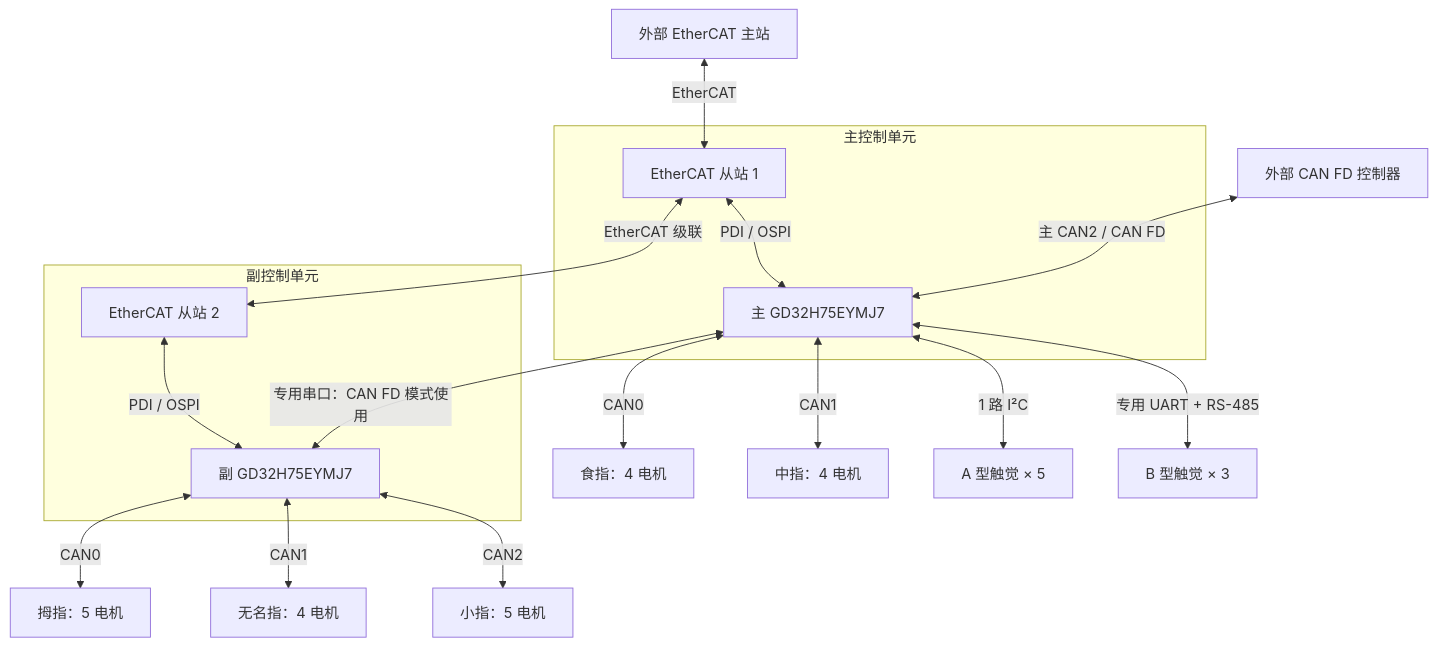
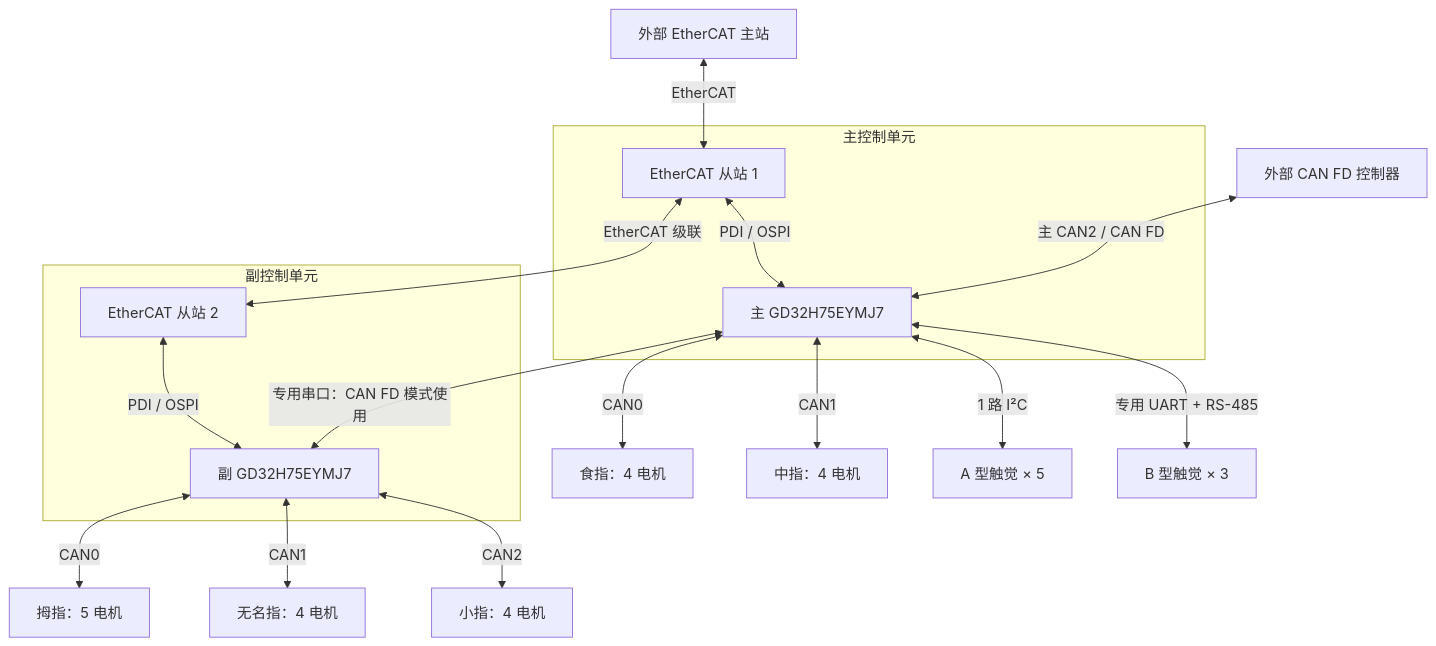
One commit to klsys777/plan_doce changed the diagram in 22自由度灵巧手硬件控制架EtherCat版.md. Above: the diagram before and after it, drawn with Mermaid. The commit also changed other lines of this file and 1 other file, not shown here.

````diff
--- a/22自由度灵巧手硬件控制架EtherCat版.md
+++ b/22自由度灵巧手硬件控制架EtherCat版.md
@@ -54,31 +54,31 @@
 ```mermaid
 flowchart TB
     EH["外部 EtherCAT 主站"]
     CH["外部 CAN FD 控制器"]
 
     subgraph MAIN["主控制单元"]
         E1["EtherCAT 从站 1"]
         M["主 GD32H75EYMJ7"]
         E1 <-->|"PDI / OSPI"| M
     end
 
     subgraph SUB["副控制单元"]
         E2["EtherCAT 从站 2"]
         S["副 GD32H75EYMJ7"]
         E2 <-->|"PDI / OSPI"| S
     end
 
     EH <-->|"EtherCAT"| E1
     E1 <-->|"EtherCAT 级联"| E2
     CH <-->|"主 CAN2 / CAN FD"| M
     M <-->|"专用串口：CAN FD 模式使用"| S
 
     M <-->|"CAN0"| INDEX["食指：4 电机"]
     M <-->|"CAN1"| MIDDLE["中指：4 电机"]
     S <-->|"CAN0"| THUMB["拇指：5 电机"]
     S <-->|"CAN1"| RING["无名指：4 电机"]
-    S <-->|"CAN2"| PINKY["小指：5 电机"]
+    S <-->|"CAN2"| PINKY["小指：4 电机"]
 
     M <-->|"1 路 I²C"| A["A 型触觉 × 5"]
     M <-->|"专用 UART + RS-485"| B["B 型触觉 × 3"]
 ```
````
